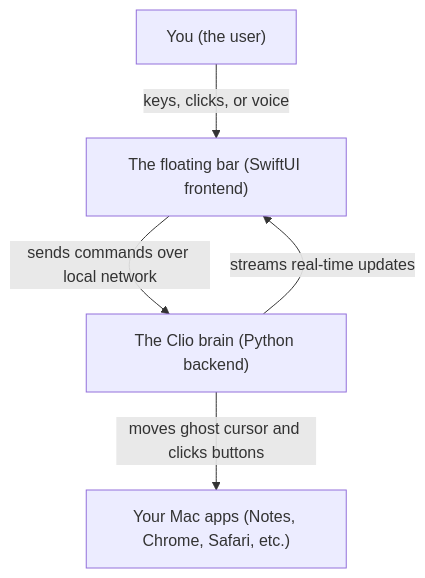
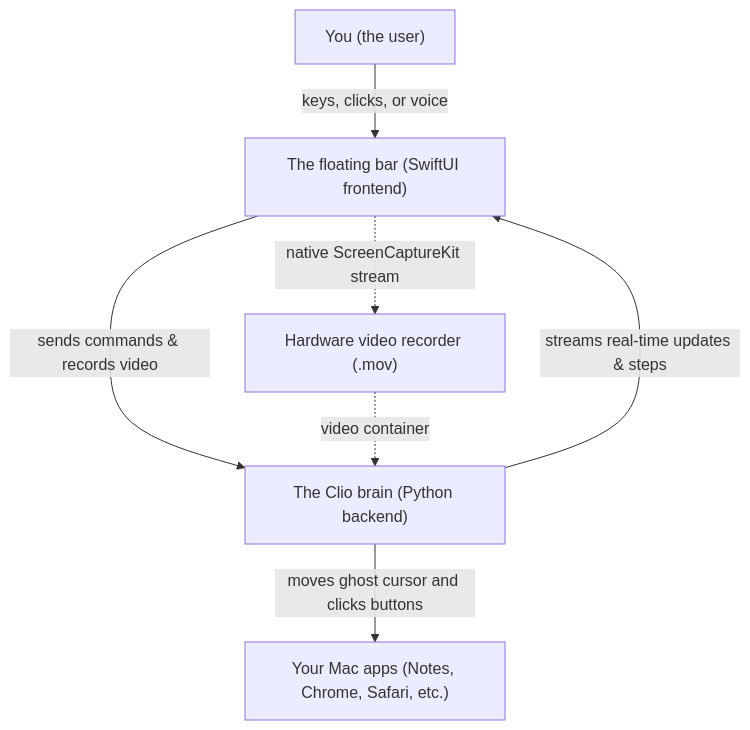
One commit to aaronnguyen26/clio changed the first of 4 diagrams in architecture.md. Above: the diagram before and after it, drawn with Mermaid. The commit also changed other lines of this file, not shown here.

Commit message:
docs: update architecture.md for ScreenCaptureKit recording and video dissection pipeline

````diff
--- a/architecture.md
+++ b/architecture.md
@@ -15,7 +15,9 @@
 ```mermaid
 flowchart TD
     user["You (the user)"] -->|keys, clicks, or voice| hud["The floating bar (SwiftUI frontend)"]
-    hud -->|sends commands over local network| engine["The Clio brain (Python backend)"]
-    engine -->|streams real-time updates| hud
+    hud -->|sends commands & records video| engine["The Clio brain (Python backend)"]
+    engine -->|streams real-time updates & steps| hud
     engine -->|moves ghost cursor and clicks buttons| apps["Your Mac apps (Notes, Chrome, Safari, etc.)"]
+    hud -.->|native ScreenCaptureKit stream| recorder["Hardware video recorder (.mov)"]
+    recorder -.->|video container| engine
 ```
````
